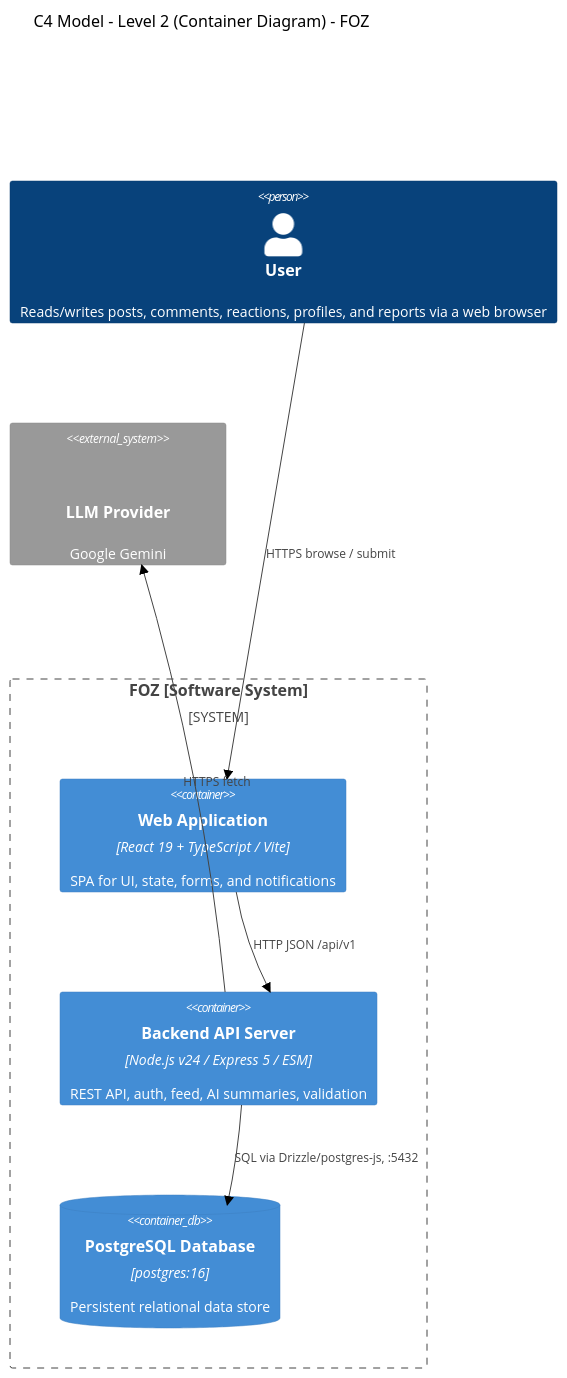
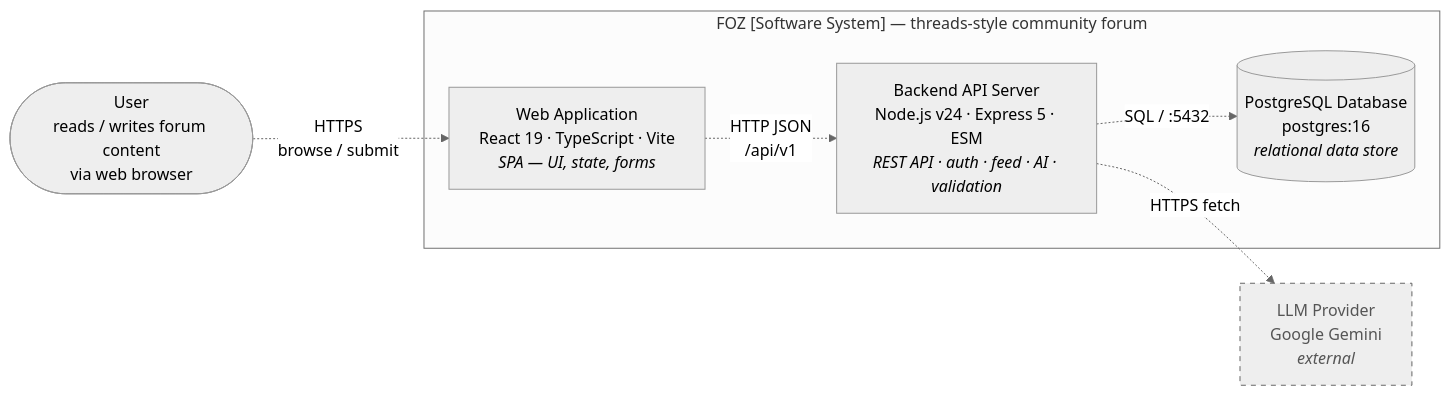
Before and after one commit to anvn12/FOZ: the second of 5 diagrams in docs/01 - PA/PA4-Group06/PA4.md, drawn with Mermaid (neutral theme). The commit also changed other lines of this file and 1 other file, not shown here.

Commit message:
docs: pa4 - c split backend diagram into 2 for better visualization and change all c4 diagram syntax to flowchart for better visualization

````diff
--- a/docs/01 - PA/PA4-Group06/PA4.md
+++ b/docs/01 - PA/PA4-Group06/PA4.md
@@ -113,21 +111,20 @@
 ```mermaid
-C4Container
-    title C4 Model - Level 2 (Container Diagram) - FOZ
+flowchart LR
+    User(["User<br/>reads / writes forum content<br/>via web browser"])
 
-    Person(User, "User", "Reads/writes posts, comments, reactions, profiles, and reports via a web browser")
+    subgraph FOZ["FOZ [Software System] — threads-style community forum"]
+        WebApp["Web Application<br/>React 19 · TypeScript · Vite<br/><i>SPA — UI, state, forms</i>"]
+        Backend["Backend API Server<br/>Node.js v24 · Express 5 · ESM<br/><i>REST API · auth · feed · AI · validation</i>"]
+        Database[("PostgreSQL Database<br/>postgres:16<br/><i>relational data store</i>")]
+    end
 
-    System_Boundary(FOZ_Boundary, "FOZ [Software System]", "Threads-style community forum") {
-      Container(WebApp, "Web Application", "React 19 + TypeScript / Vite", "SPA for UI, state, forms, and notifications")
-        
-      Container(Backend, "Backend API Server", "Node.js v24 / Express 5 / ESM", "REST API, auth, feed, AI summaries, validation")
-        
-      ContainerDb(Database, "PostgreSQL Database", "postgres:16", "Persistent relational data store")
-    }
+    LLM["LLM Provider<br/>Google Gemini<br/><i>external</i>"]
 
-    System_Ext(LLMProvider, "LLM Provider", "Google Gemini", "AI TL;DR summary generation")
+    User -. "HTTPS<br/>browse / submit" .-> WebApp
+    WebApp -. "HTTP JSON<br/>/api/v1" .-> Backend
+    Backend -. "SQL / :5432" .-> Database
+    Backend -. "HTTPS fetch" .-> LLM
 
-    Rel_R(User, WebApp, "HTTPS browse / submit")
-    Rel_R(WebApp, Backend, "HTTP JSON /api/v1")
-    Rel_D(Backend, Database, "SQL via Drizzle/postgres-js, :5432")
-    Rel_R(Backend, LLMProvider, "HTTPS fetch")
+    classDef external stroke:#666,stroke-dasharray:5 5,color:#555
+    class LLM external
 ```
````
